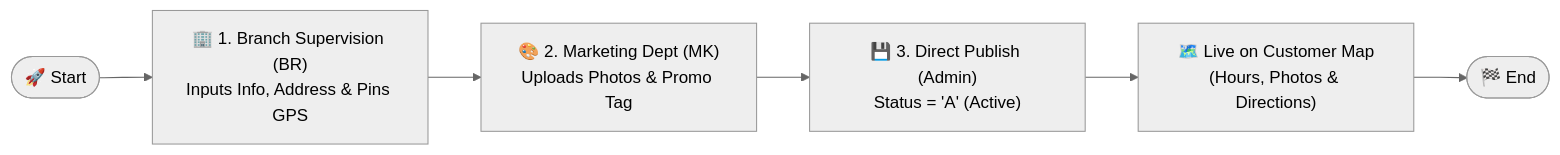
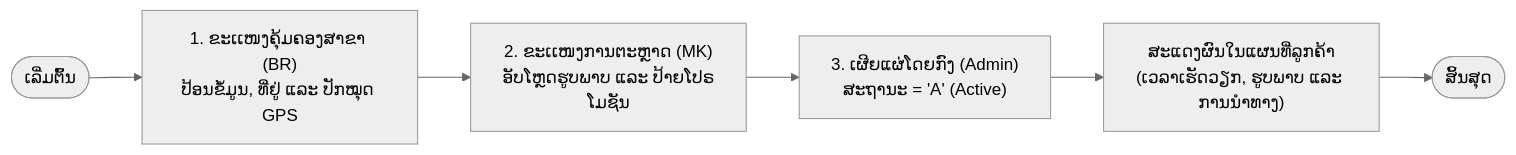
The third of 3 diagrams in README.md (Touy2004/for-read-markdown), drawn with Mermaid (neutral theme) before and after one commit. The commit also changed other lines of this file, not shown here.

````diff
--- a/README.md
+++ b/README.md
@@ -155,8 +166,9 @@
 ```mermaid
 flowchart LR
-    Start(["🚀 Start"]) --> BR["🏢 1. Branch Supervision (BR)\nInputs Info, Address & Pins GPS"]
-    BR --> MK["🎨 2. Marketing Dept (MK)\nUploads Photos & Promo Tag"]
-    MK --> Publish["💾 3. Direct Publish (Admin)\nStatus = 'A' (Active)"]
-    Publish --> LiveMap["🗺️ Live on Customer Map\n(Hours, Photos & Directions)"]
-    LiveMap --> End(["🏁 End"])
+    Start(["ເລີ່ມຕົ້ນ"]) --> BR["1. ຂະເເໜງຄຸ້ມຄອງສາຂາ (BR)\nປ້ອນຂໍ້ມູນ, ທີ່ຢູ່ ແລະ ປັກໝຸດ GPS"]
+    BR --> MK["2. ຂະເເໜງການຕະຫຼາດ (MK)\nອັບໂຫຼດຮູບພາບ ແລະ ປ້າຍໂປຣໂມຊັນ"]
+    MK --> Publish["3. ເຜີຍແຜ່ໂດຍກົງ (Admin)\nສະຖານະ = 'A' (Active)"]
+    Publish --> LiveMap["ສະແດງຜົນໃນແຜນທີ່ລູກຄ້າ\n(ເວລາເຮັດວຽກ, ຮູບພາບ ແລະ ການນຳທາງ)"]
+    LiveMap --> End(["ສິ້ນສຸດ"])
+
 ```
````
